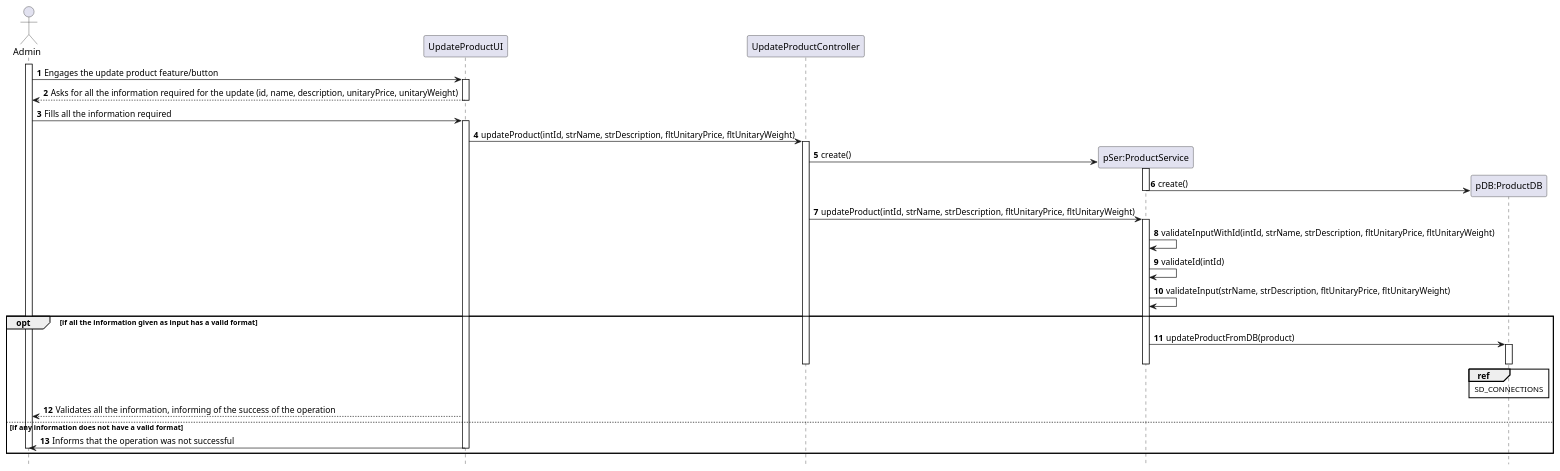
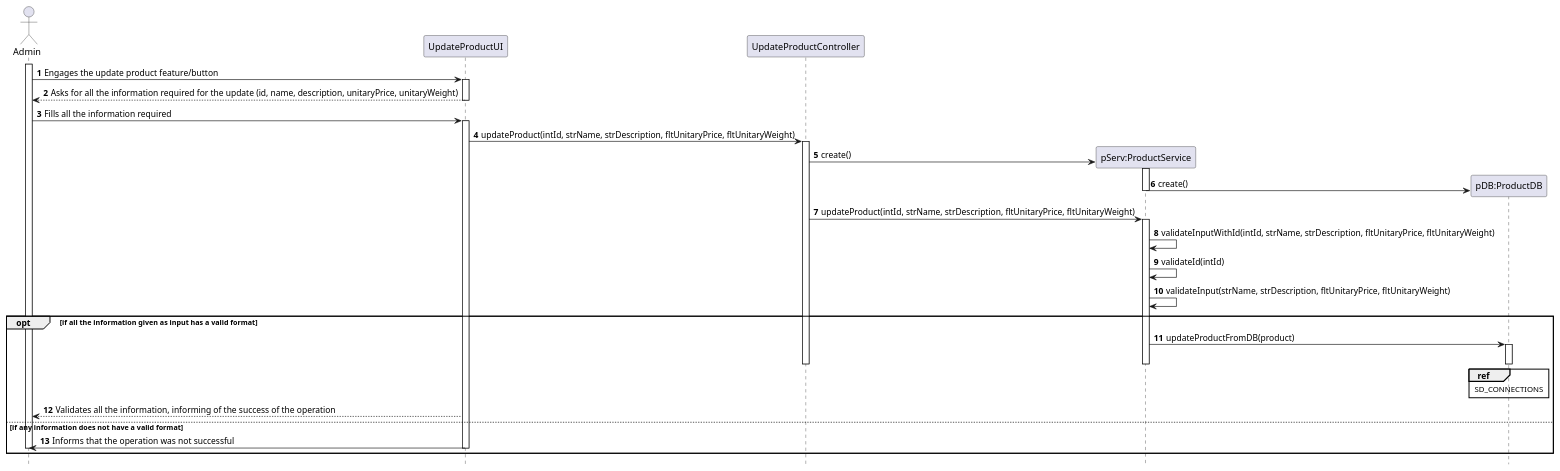
The diagram in docs/Iteration 2/Product Management/Refinement/US71_UpdateProduct/US71_SD.puml (tiagoavcosta25/LAPR3), drawn with PlantUML before and after one commit. The commit also changed 14 other files, not shown here.

```diff
--- a/docs/Iteration 2/Product Management/Refinement/US71_UpdateProduct/US71_SD.puml
+++ b/docs/Iteration 2/Product Management/Refinement/US71_UpdateProduct/US71_SD.puml
@@ -1,47 +1,47 @@
 @startuml
 autonumber
 hide footbox
 
 actor "Admin" as U
 
 participant "UpdateProductUI" as UI
 participant "UpdateProductController" as CTRL
-participant "pSer:ProductService" as SER
+participant "pServ:ProductService" as SER
 participant "pDB:ProductDB" as DB
 
 activate U
 U -> UI : Engages the update product feature/button
 activate UI
 UI --> U : Asks for all the information required for the update (id, name, description, unitaryPrice, unitaryWeight)
 deactivate UI
 U -> UI : Fills all the information required
 activate UI
 UI -> CTRL : updateProduct(intId, strName, strDescription, fltUnitaryPrice, fltUnitaryWeight)
 activate CTRL
 CTRL -> SER** : create()
 activate SER
 SER -> DB** : create()
 deactivate SER
 CTRL -> SER : updateProduct(intId, strName, strDescription, fltUnitaryPrice, fltUnitaryWeight)
 activate SER
 SER -> SER : validateInputWithId(intId, strName, strDescription, fltUnitaryPrice, fltUnitaryWeight)
 SER -> SER : validateId(intId)
 SER -> SER : validateInput(strName, strDescription, fltUnitaryPrice, fltUnitaryWeight)
 opt if all the information given as input has a valid format
 SER -> DB : updateProductFromDB(product)
 activate DB
 deactivate DB
 ref over DB
 SD_CONNECTIONS
 end ref
 deactivate SER
 deactivate CTRL
 deactivate CTRL
 UI --> U : Validates all the information, informing of the success of the operation
 else if any information does not have a valid format
 UI -> U : Informs that the operation was not successful
 deactivate UI
 deactivate U
 end opt
 
 @enduml
```
